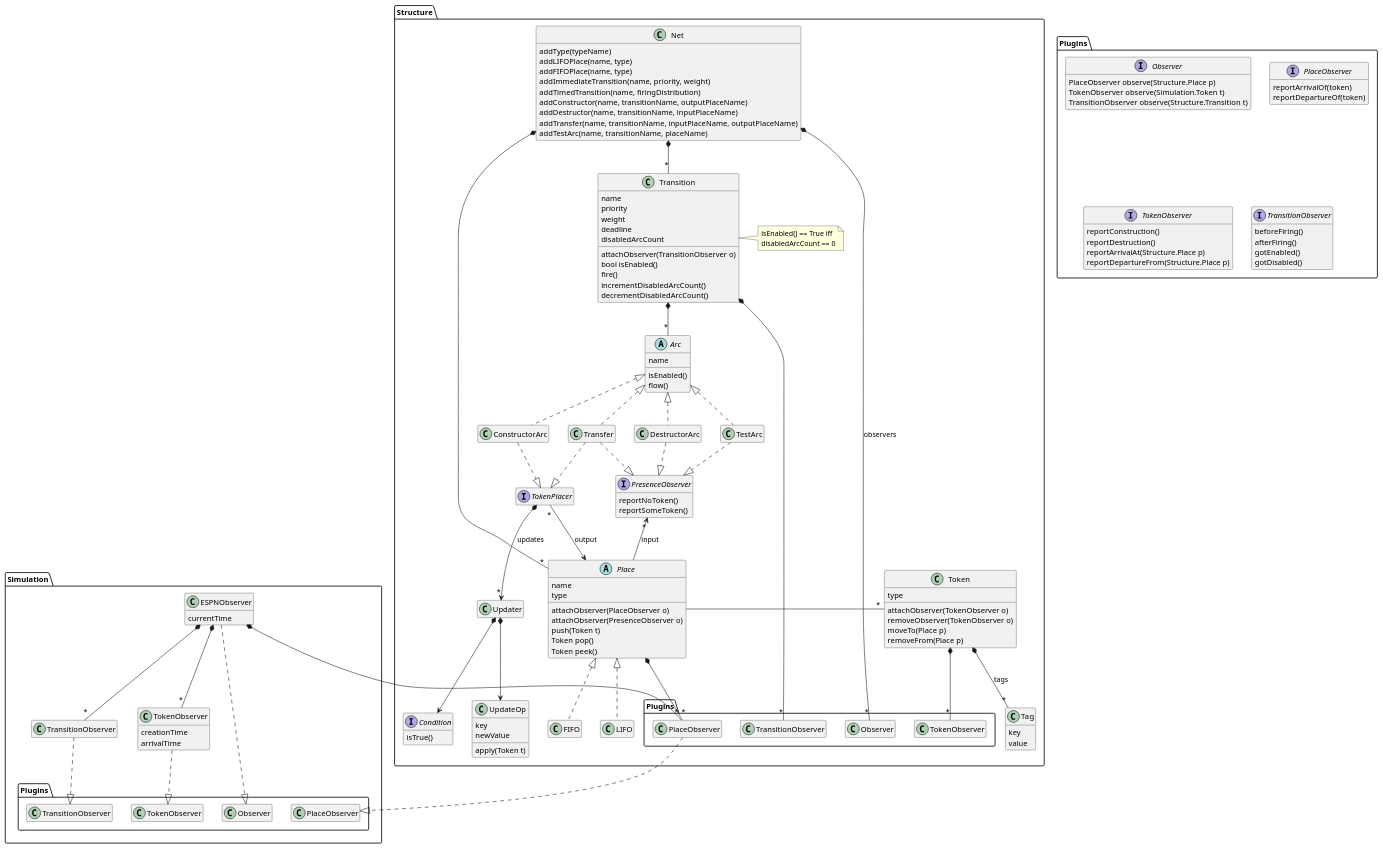
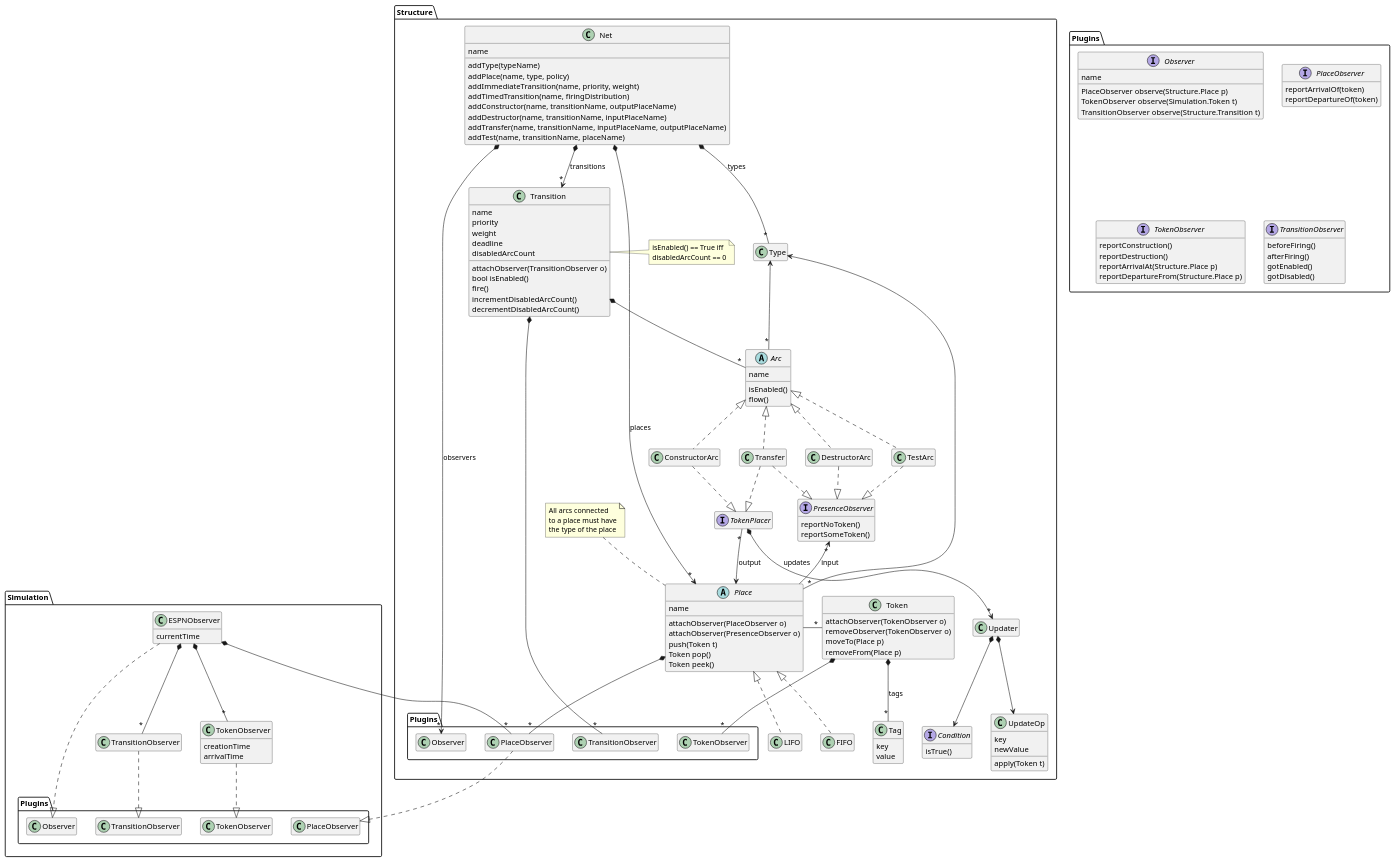
One commit to vadaszd/petsi changed the diagram in src/petsi.puml. Above: the diagram before and after it, drawn with PlantUML. The commit also changed 4 other files, not shown here.

```diff
--- a/src/petsi.puml
+++ b/src/petsi.puml
@@ -1,154 +1,163 @@
 @startuml
 hide empty members
 
 namespace Structure {
 
 class Net {
+    name
     addType(typeName)
-    addLIFOPlace(name, type)
-    addFIFOPlace(name, type)
+    addPlace(name, type, policy)
     addImmediateTransition(name, priority, weight)
     addTimedTransition(name, firingDistribution)
     addConstructor(name, transitionName, outputPlaceName)
     addDestructor(name, transitionName, inputPlaceName)
     addTransfer(name, transitionName, inputPlaceName, outputPlaceName)
-    addTestArc(name, transitionName, placeName)
+    addTest(name, transitionName, placeName)
 }
 
 abstract class Place {
     name
-    type
     attachObserver(PlaceObserver o)
     attachObserver(PresenceObserver o)
     push(Token t)
     Token pop()
     Token peek()
 }
+
+note as placeNote
+All arcs connected
+to a place must have
+the type of the place
+end note
+placeNote .. Place
 
 class Transition{
     name
     priority
     weight
     deadline
     disabledArcCount
     attachObserver(TransitionObserver o)
     bool isEnabled()
     fire()
     incrementDisabledArcCount()
     decrementDisabledArcCount()
 }
 note right
 isEnabled() == True iff
 disabledArcCount == 0
 end note
 
 interface Condition{
     isTrue()
 }
 
 class UpdateOp {
     key
     newValue
     apply(Token t)
 }
 
 abstract class Arc {
     name
     isEnabled()
     flow()
 }
 
 class Token {
-    type
     attachObserver(TokenObserver o)
     removeObserver(TokenObserver o)
     moveTo(Place p)
     removeFrom(Place p)
 }
 class Tag{
     key
     value
 }
 
 interface TokenPlacer
 
 interface PresenceObserver {
     reportNoToken()
     reportSomeToken()
 }
 
-Net *-- "*" Place
-Net *-- "*" Transition
-Net *-- "*" Plugins.Observer: observers
+Net *-- "*" Type: types
+Net *--> "*" Place: places
+Net *--> "*" Transition: transitions
+Net *--> "*" Plugins.Observer: observers
+Type <-- "*" Arc
+Type <-- "*" Place
 Place -l- "*" Token
 Token *-- "*" Plugins.TokenObserver
 Token *-- "*" Tag : tags
 Place *-- "*" Plugins.PlaceObserver
 TestArc .u.|> Arc
 ConstructorArc  .u.|> Arc
 DestructorArc  .u.|> Arc
 Transfer  .u.|> Arc
 Transition *-- "*" Arc
 Transition *-- "*" Plugins.TransitionObserver
 PresenceObserver "*" <-- Place : input
 TestArc .d.|> PresenceObserver
 ConstructorArc .d.|> TokenPlacer
 DestructorArc .d.|> PresenceObserver
 TokenPlacer "*" --> Place : output
 Transfer  .d.|> TokenPlacer
 Transfer  .d.|> PresenceObserver
 FIFO .u.|> Place
 LIFO .u.|> Place
 TokenPlacer *--> "*" Updater : updates
 Updater *--> Condition
 Updater *--> UpdateOp
 
 
 }
 
 namespace Simulation {
 class ESPNObserver{
     currentTime
 }
 
 class TransitionObserver
 
 class TokenObserver {
     creationTime
     arrivalTime
 }
 
 ESPNObserver *-- "*" TransitionObserver
 ESPNObserver *-- "*" TokenObserver
 ESPNObserver *-- "*" PlaceObserver
 ESPNObserver ..|> Plugins.Observer
 TransitionObserver ..|> Plugins.TransitionObserver
 TokenObserver ..|> Plugins.TokenObserver
 PlaceObserver ..|> Plugins.PlaceObserver
 }
 
 namespace Plugins {
 interface Observer {
+    name
     PlaceObserver observe(Structure.Place p)
     TokenObserver observe(Simulation.Token t)
     TransitionObserver observe(Structure.Transition t)
 }
 interface PlaceObserver{
     reportArrivalOf(token)
     reportDepartureOf(token)
 }
 interface TokenObserver{
     reportConstruction()
     reportDestruction()
     reportArrivalAt(Structure.Place p)
     reportDepartureFrom(Structure.Place p)
 }
 interface TransitionObserver{
     beforeFiring()
     afterFiring()
     gotEnabled()
     gotDisabled()
 }
 
 }
 @enduml
```
